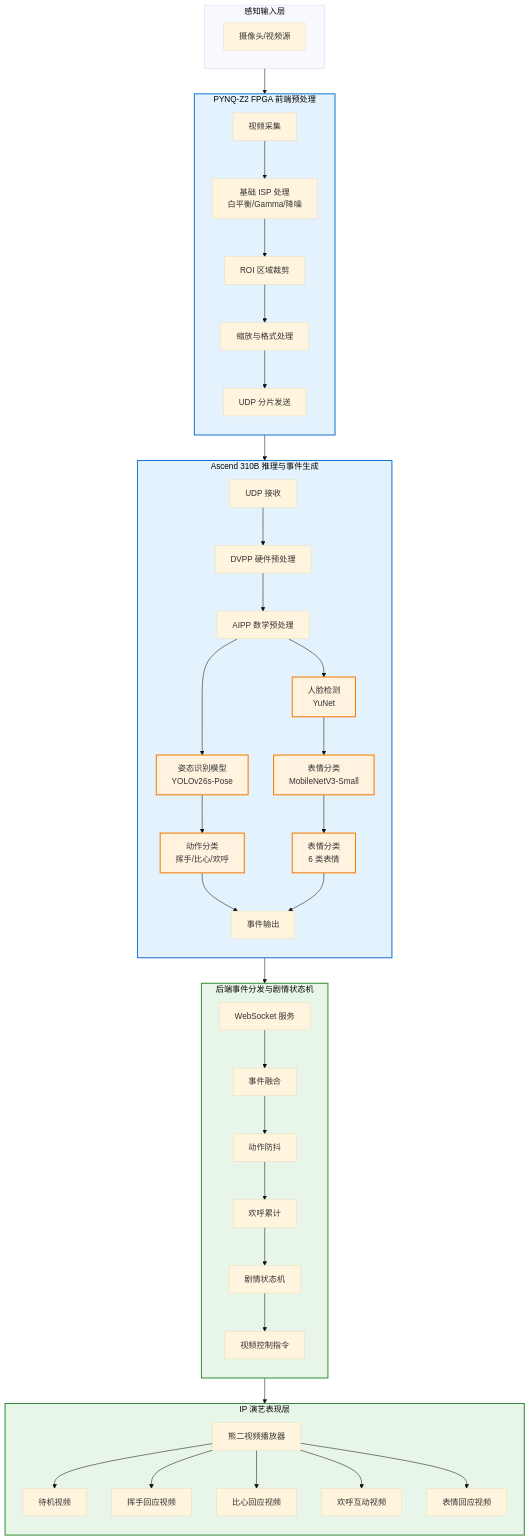
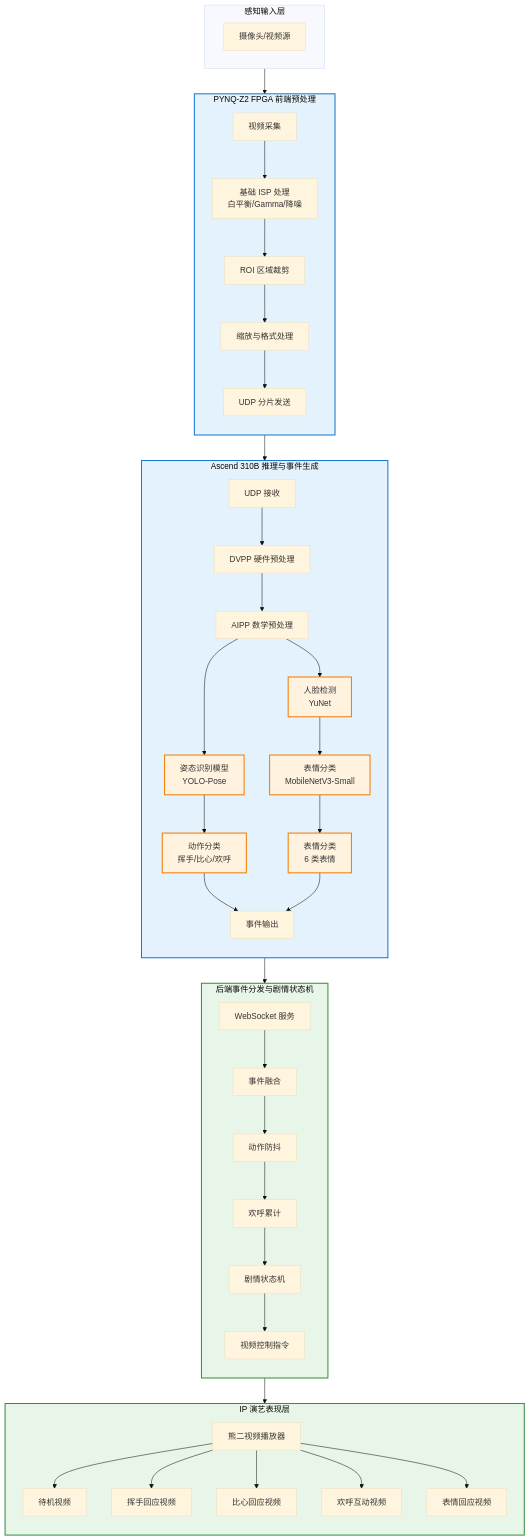
Before and after one commit to wanone111/ciciec_ascend: the first of 10 diagrams in docs/智能视觉交互系统报告.md, drawn with Mermaid (base theme). The commit also changed other lines of this file and 2 other files, not shown here.

````diff
--- a/docs/智能视觉交互系统报告.md
+++ b/docs/智能视觉交互系统报告.md
@@ -76,58 +76,58 @@
 ```mermaid
 flowchart TB
     subgraph Input[感知输入层]
         Cam[摄像头/视频源]
     end
     
     subgraph FPGA[PYNQ-Z2 FPGA 前端预处理]
         direction TB
         Capture[视频采集] --> ISP[基础 ISP 处理<br>白平衡/Gamma/降噪]
         ISP --> ROI[ROI 区域裁剪]
         ROI --> Scale[缩放与格式处理]
         Scale --> UDPSend[UDP 分片发送]
     end
     
     subgraph NPU[Ascend 310B 推理与事件生成]
         direction TB
         UDPRecv[UDP 接收] --> DVPP[DVPP 硬件预处理]
         DVPP --> AIPP[AIPP 数学预处理]
-        AIPP --> PoseModel[姿态识别模型<br>YOLOv26s-Pose]
+        AIPP --> PoseModel[姿态识别模型<br>YOLO-Pose]
         AIPP --> FaceModel[人脸检测<br>YuNet]
         FaceModel --> ExpModel[表情分类<br>MobileNetV3-Small]
         PoseModel --> ActionJudge[动作分类<br>挥手/比心/欢呼]
         ExpModel --> ExpJudge[表情分类<br>6 类表情]
         ActionJudge --> EventOut[事件输出]
         ExpJudge --> EventOut
     end
     
     subgraph Backend[后端事件分发与剧情状态机]
         direction TB
         WS[WebSocket 服务] --> Fusion[事件融合]
         Fusion --> Debounce[动作防抖]
         Debounce --> CheerCount[欢呼累计]
         CheerCount --> StateMachine[剧情状态机]
         StateMachine --> VideoCtrl[视频控制指令]
     end
     
     subgraph Display[IP 演艺表现层]
         direction TB
         Player[熊二视频播放器] --> Idle[待机视频]
         Player --> Wave[挥手回应视频]
         Player --> Heart[比心回应视频]
         Player --> Cheer[欢呼互动视频]
         Player --> ExpResp[表情回应视频]
     end
     
     Input --> FPGA
     FPGA --> NPU
     NPU --> Backend
     Backend --> Display
     
     classDef hardware fill:#e3f2fd,stroke:#1976d2,stroke-width:2px;
     classDef algorithm fill:#fff3e0,stroke:#f57c00,stroke-width:2px;
     classDef software fill:#e8f5e9,stroke:#388e3c,stroke-width:2px;
     
     class FPGA,NPU hardware;
     class PoseModel,FaceModel,ExpModel,ActionJudge,ExpJudge algorithm;
     class Backend,Display software;
 ```
````
